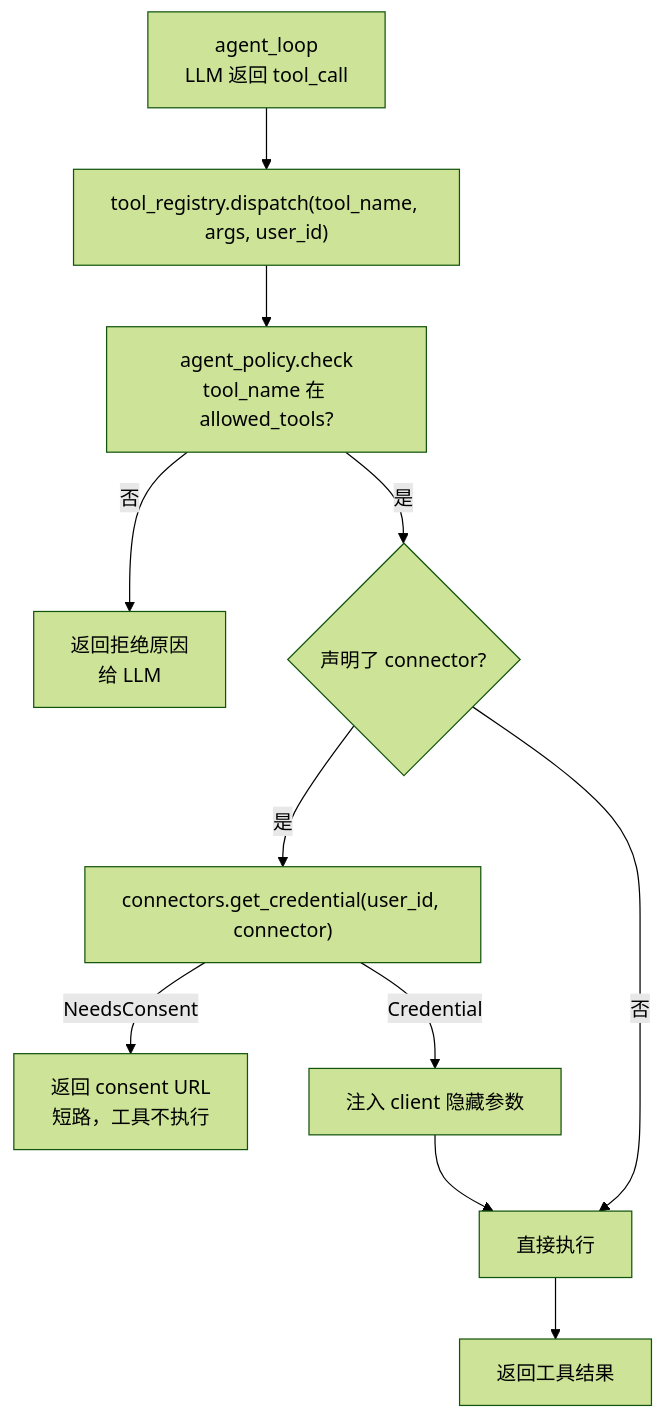
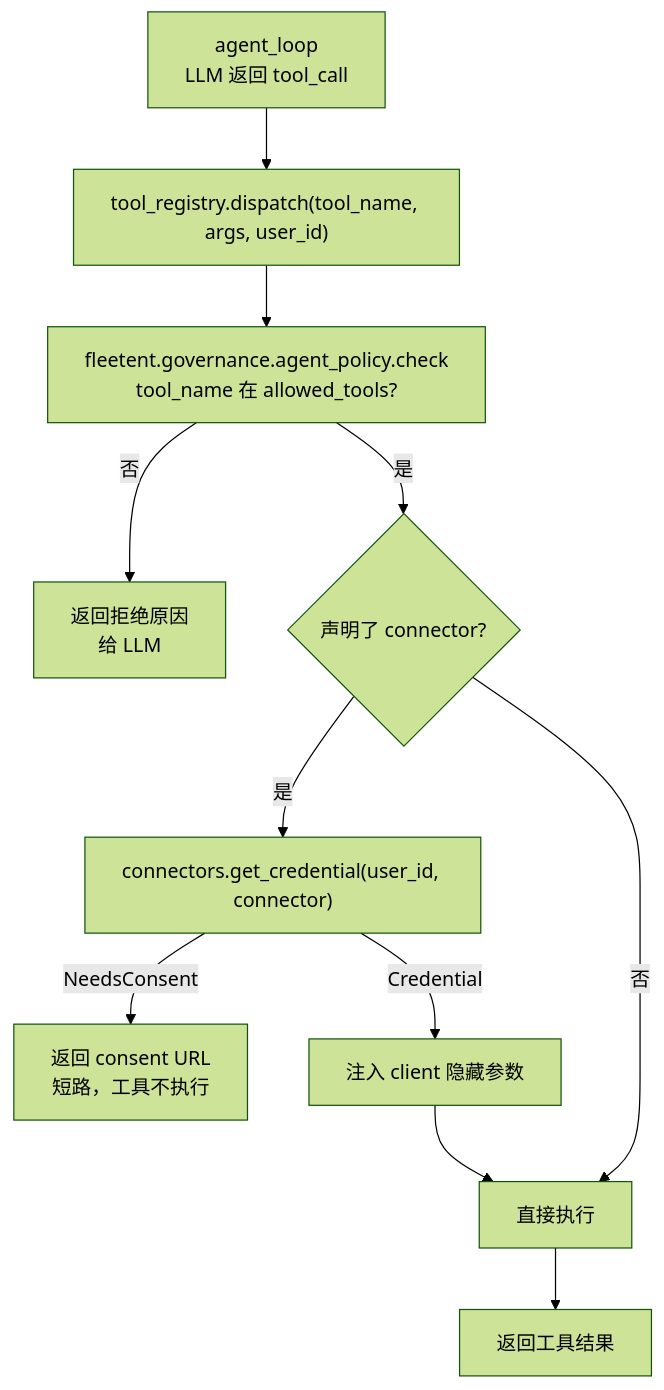
One commit to Summy2104/fleetent changed the diagram in docs/capabilities/tools.md. Above: the diagram before and after it, drawn with Mermaid (forest theme). The commit also changed other lines of this file and 20 other files, not shown here.

````diff
--- a/docs/capabilities/tools.md
+++ b/docs/capabilities/tools.md
@@ -20,13 +20,13 @@
 ```mermaid
 flowchart TD
     A["agent_loop\nLLM 返回 tool_call"] --> B["tool_registry.dispatch(tool_name, args, user_id)"]
-    B --> C["agent_policy.check\ntool_name 在 allowed_tools?"]
+    B --> C["fleetent.governance.agent_policy.check\ntool_name 在 allowed_tools?"]
     C -->|否| D["返回拒绝原因\n给 LLM"]
     C -->|是| E{"声明了 connector?"}
     E -->|是| F["connectors.get_credential(user_id, connector)"]
     F -->|NeedsConsent| G["返回 consent URL\n短路，工具不执行"]
     F -->|Credential| H["注入 client 隐藏参数"]
     E -->|否| I["直接执行"]
     H --> I
     I --> J["返回工具结果"]
 ```
````
